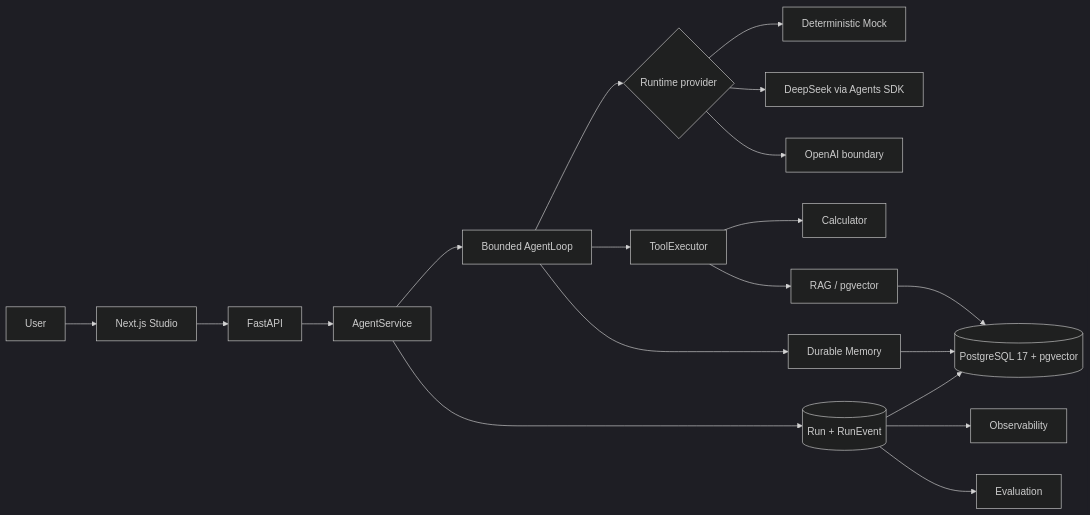
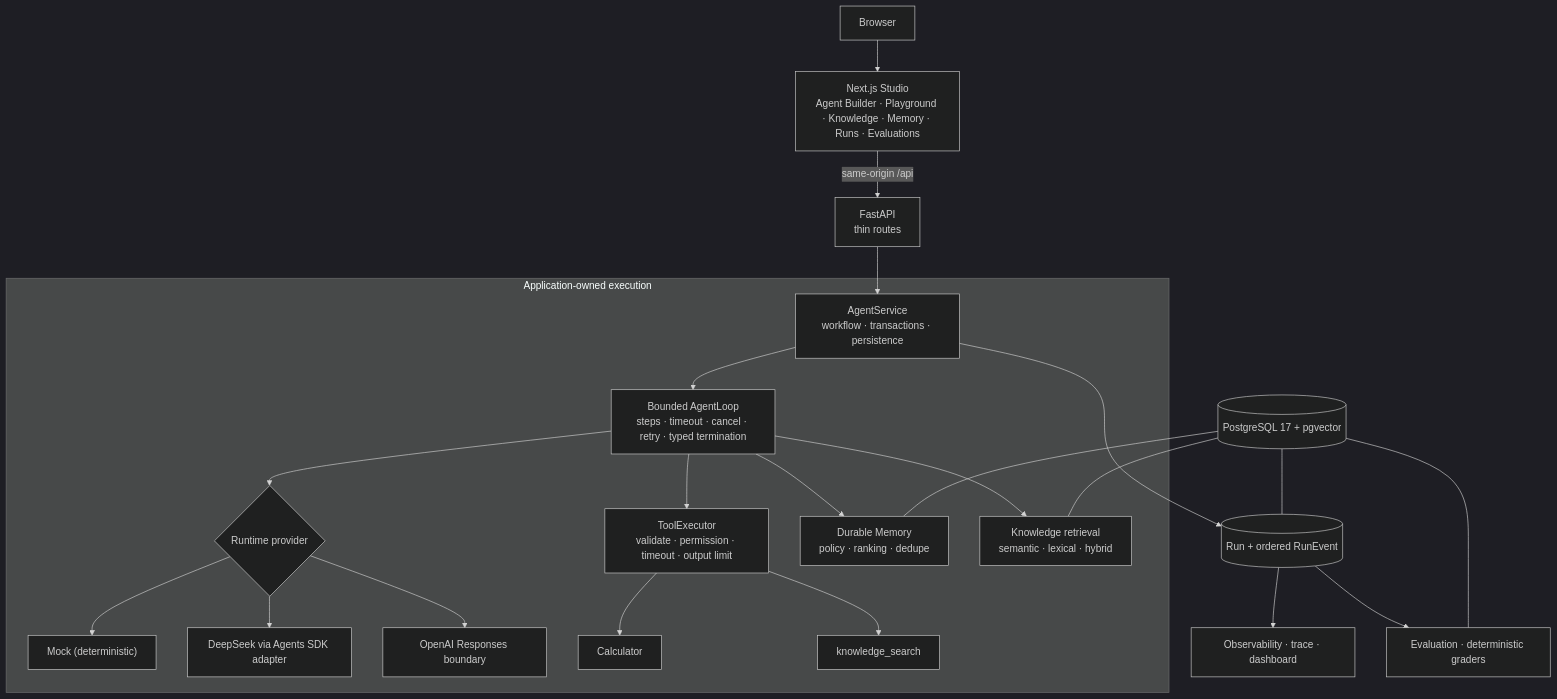
Before and after one commit to kallist/agent-studio: the diagram in README.md, drawn with Mermaid (dark theme). The commit also changed other lines of this file and 104 other files, not shown here.

First line of the commit message:
docs: polish Agent Studio for portfolio presentation

````diff
--- a/README.md
+++ b/README.md
@@ -18,21 +82,27 @@
 ```mermaid
-flowchart LR
-    U[User] --> W[Next.js Studio]
-    W --> A[FastAPI]
-    A --> S[AgentService]
-    S --> L[Bounded AgentLoop]
-    L --> P{Runtime provider}
-    P --> M[Deterministic Mock]
-    P --> D[DeepSeek via Agents SDK]
-    P --> O[OpenAI boundary]
-    L --> T[ToolExecutor]
-    T --> C[Calculator]
-    T --> R[RAG / pgvector]
-    L --> Y[Durable Memory]
-    S --> E[(Run + RunEvent)]
-    E --> V[Observability]
-    E --> Q[Evaluation]
-    R --> DB[(PostgreSQL 17 + pgvector)]
-    Y --> DB
-    E --> DB
+flowchart TB
+    B[Browser] --> W["Next.js Studio<br/>Agent Builder · Playground · Knowledge · Memory · Runs · Evaluations"]
+    W -->|same-origin /api| A["FastAPI<br/>thin routes"]
+    A --> S["AgentService<br/>workflow · transactions · persistence"]
+
+    subgraph APP["Application-owned execution"]
+        S --> L["Bounded AgentLoop<br/>steps · timeout · cancel · retry · typed termination"]
+        L --> R{"Runtime provider"}
+        R --> MK["Mock (deterministic)"]
+        R --> DS["DeepSeek via Agents SDK adapter"]
+        R --> OA["OpenAI Responses boundary"]
+        L --> T["ToolExecutor<br/>validate · permission · timeout · output limit"]
+        T --> TC["Calculator"]
+        T --> TK["knowledge_search"]
+        L --> M["Durable Memory<br/>policy · ranking · dedupe"]
+        L --> K["Knowledge retrieval<br/>semantic · lexical · hybrid"]
+    end
+
+    S --> E[("Run + ordered RunEvent")]
+    E --> O["Observability · trace · dashboard"]
+    E --> EV["Evaluation · deterministic graders"]
+    DB[("PostgreSQL 17 + pgvector")] --- K
+    DB --- M
+    DB --- E
+    DB --- EV
 ```
````
